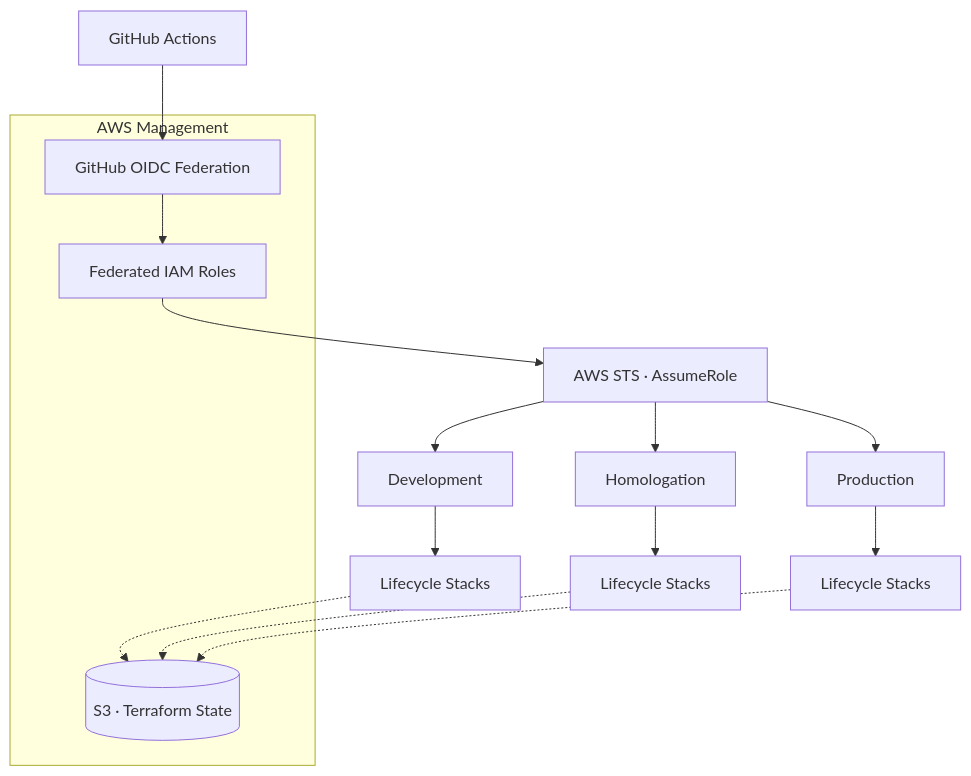
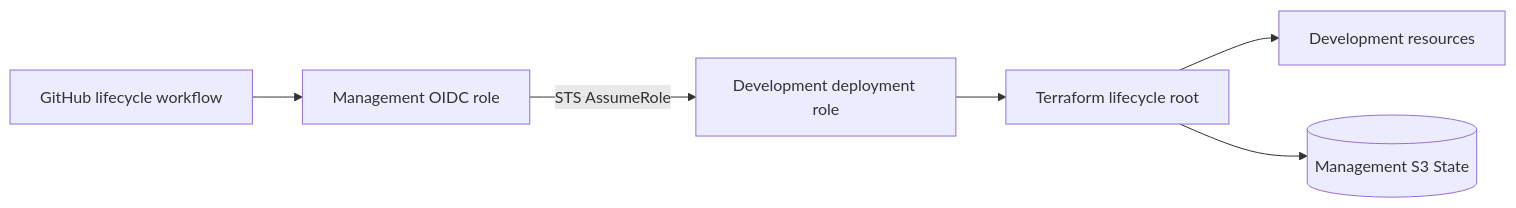
One commit to LeonardoNXT/werant-infrastructure changed the first of 2 diagrams in README.md. Above: the diagram before and after it, drawn with Mermaid. The commit also changed other lines of this file, not shown here.

````diff
--- a/README.md
+++ b/README.md
@@ -68,23 +58,8 @@
 ```mermaid
-flowchart TD
-    GH["GitHub Actions"] --> OIDC["GitHub OIDC Federation"]
-
-    subgraph MGMT["AWS Management"]
-        OIDC --> FED["Federated IAM Roles"]
-        STATE[("S3 · Terraform State")]
-    end
-
-    FED --> STS["AWS STS · AssumeRole"]
-
-    STS --> DEV["Development"]
-    STS --> HML["Homologation"]
-    STS --> PRD["Production"]
-
-    DEV --> DSL["Lifecycle Stacks"]
-    HML --> HSL["Lifecycle Stacks"]
-    PRD --> PSL["Lifecycle Stacks"]
-
-    DSL -.-> STATE
-    HSL -.-> STATE
-    PSL -.-> STATE
+flowchart LR
+    GH["GitHub lifecycle workflow"] --> OIDC["Management OIDC role"]
+    OIDC -->|STS AssumeRole| DEPLOY["Development deployment role"]
+    DEPLOY --> TF["Terraform lifecycle root"]
+    TF --> AWS["Development resources"]
+    TF --> STATE[("Management S3 State")]
 ```
````
